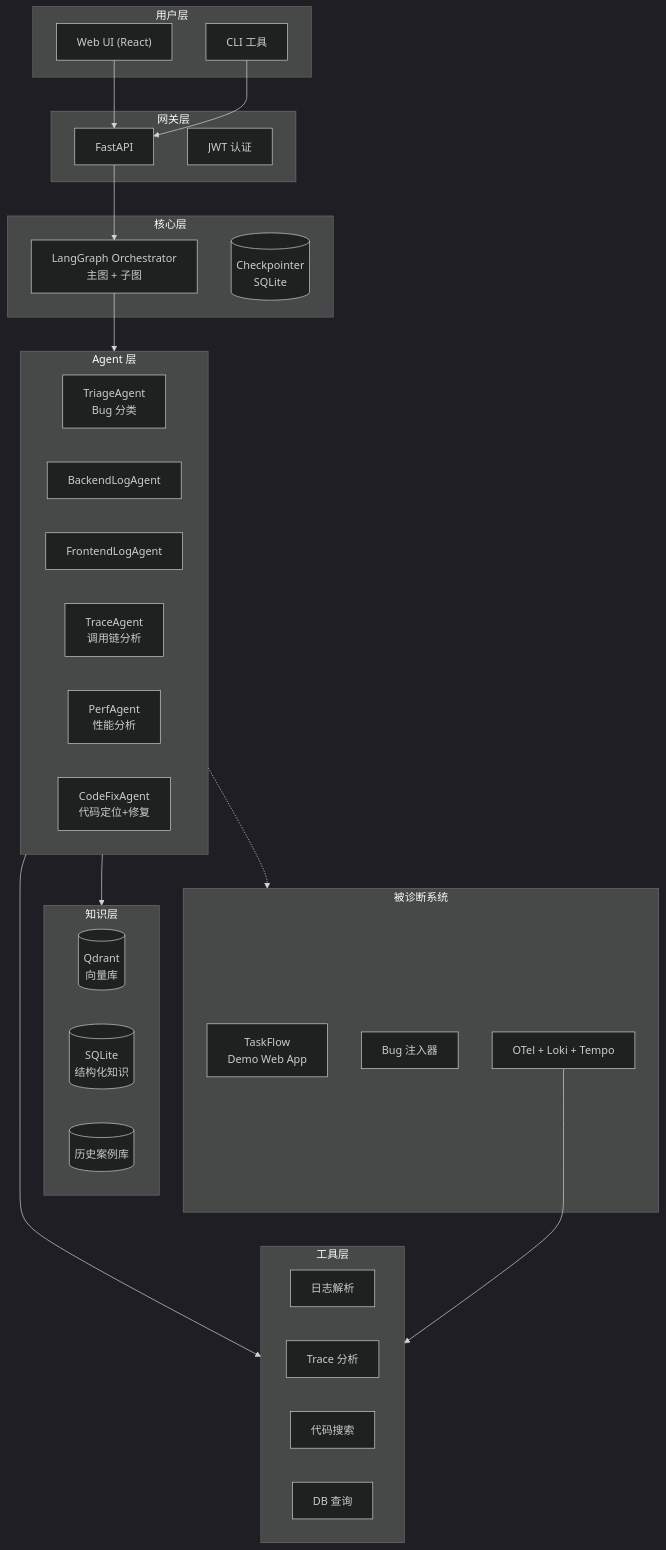
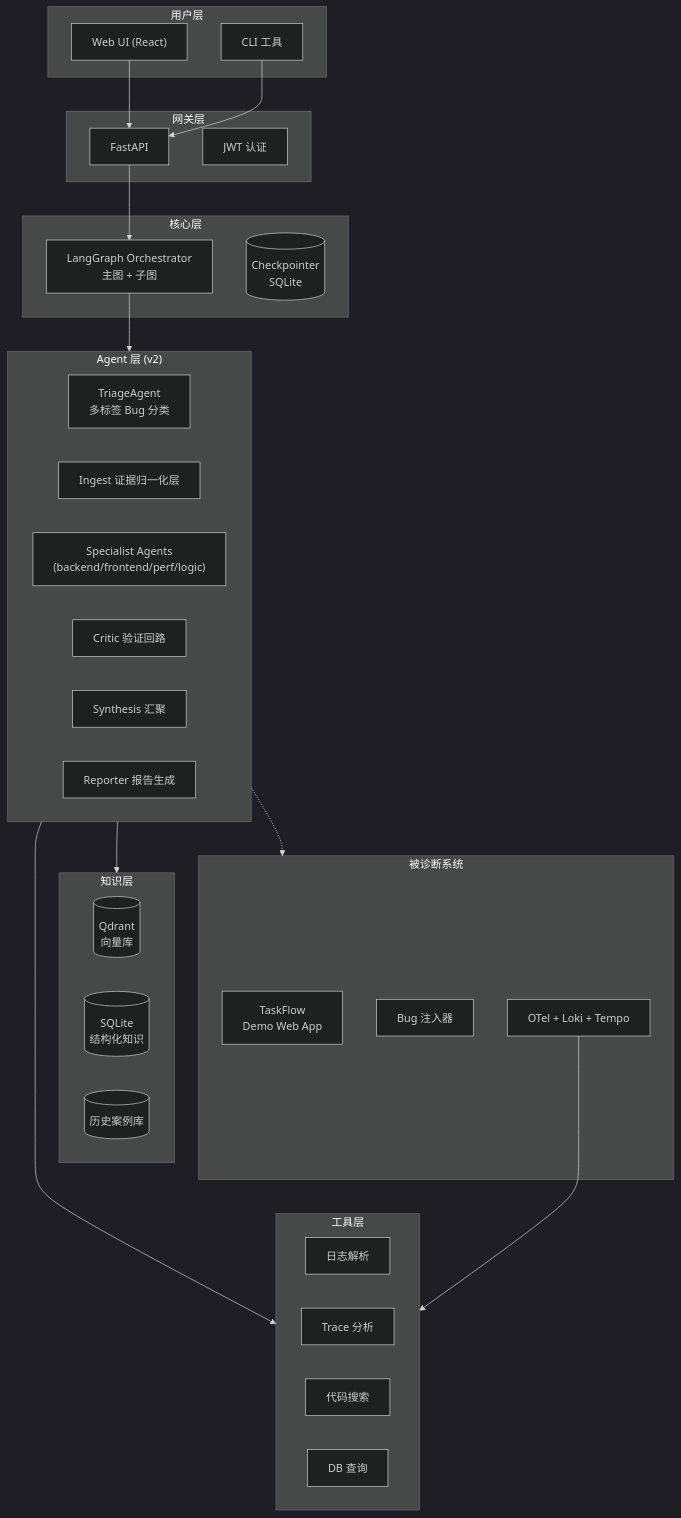
The diagram in README.md (lmonster1997/DiagDoctor), drawn with Mermaid (dark theme) before and after one commit. The commit also changed other lines of this file and 56 other files, not shown here.

First line of the commit message:
feat(bug-factory,benchmark,doctor,infra,demo-app): v2 architecture di… (#21)

````diff
--- a/README.md
+++ b/README.md
@@ -45,54 +45,54 @@
 ```mermaid
 flowchart TB
     subgraph User["用户层"]
         WebUI["Web UI (React)"]
         CLI["CLI 工具"]
     end
 
     subgraph Gateway["网关层"]
         FastAPI["FastAPI"]
         Auth["JWT 认证"]
     end
 
     subgraph Core["核心层"]
         Orchestrator["LangGraph Orchestrator<br/>主图 + 子图"]
         StateStore[("Checkpointer<br/>SQLite")]
     end
 
-    subgraph Agents["Agent 层"]
-        Triage["TriageAgent<br/>Bug 分类"]
-        BELog["BackendLogAgent"]
-        FELog["FrontendLogAgent"]
-        Trace["TraceAgent<br/>调用链分析"]
-        Perf["PerfAgent<br/>性能分析"]
-        CodeFix["CodeFixAgent<br/>代码定位+修复"]
+    subgraph Agents["Agent 层 (v2)"]
+        Triage["TriageAgent<br/>多标签 Bug 分类"]
+        Ingest["Ingest 证据归一化层"]
+        Specialist["Specialist Agents<br/>(backend/frontend/perf/logic)"]
+        Critic["Critic 验证回路"]
+        Synthesis["Synthesis 汇聚"]
+        Reporter["Reporter 报告生成"]
     end
 
     subgraph Knowledge["知识层"]
         VectorDB[("Qdrant<br/>向量库")]
         StructKB[("SQLite<br/>结构化知识")]
         CaseDB[("历史案例库")]
     end
 
     subgraph Tools["工具层"]
         LogTools["日志解析"]
         TraceTools["Trace 分析"]
         CodeTools["代码搜索"]
         DBTools["DB 查询"]
     end
 
     subgraph Target["被诊断系统"]
         DemoApp["TaskFlow<br/>Demo Web App"]
         BugInjector["Bug 注入器"]
         ObsStack["OTel + Loki + Tempo"]
     end
 
     WebUI --> FastAPI
     CLI --> FastAPI
     FastAPI --> Orchestrator
     Orchestrator --> Agents
     Agents --> Knowledge
     Agents --> Tools
     Agents -.-> Target
     ObsStack --> Tools
 ```
````
